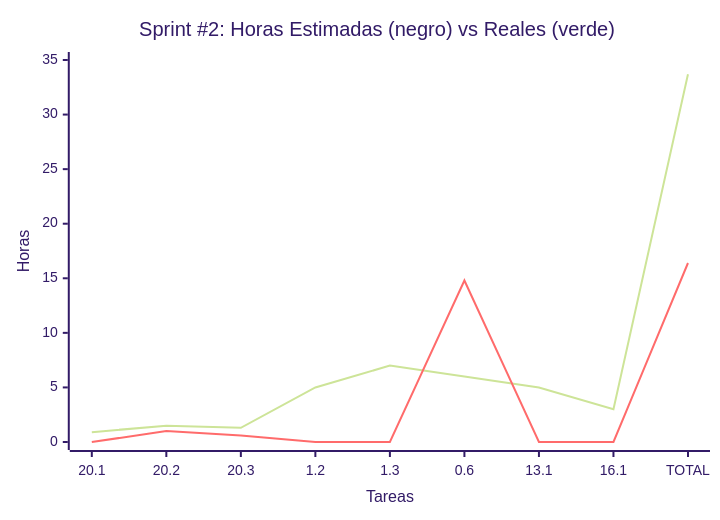
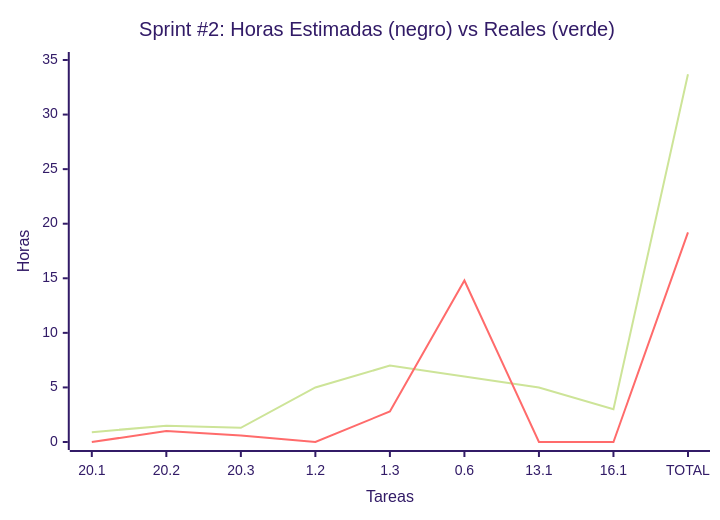
One commit to MarkMed/FleetMan changed the second of 2 diagrams in docs/SprintsPlanning.md. Above: the diagram before and after it, drawn with Mermaid (forest theme). The commit also changed other lines of this file, not shown here.

````diff
--- a/docs/SprintsPlanning.md
+++ b/docs/SprintsPlanning.md
@@ -91,12 +91,12 @@
 ```mermaid
 xychart-beta
     title "Sprint #2: Horas Estimadas #40;negro#41; vs Reales #40;verde#41;"
     x-axis "Tareas" ["20.1", "20.2", "20.3", "1.2", "1.3", "0.6", "13.1", "16.1", "TOTAL"]
     y-axis "Horas" 0 --> 35
 	
 	%% Black line
     line [0.9, 1.5, 1.3, 5, 7, 6, 5, 3, 33.7]
 
 	%% Green line
-    line [0, 1, 0.6, 0, 0, 14.8, 0, 0, 16.4]
+    line [0, 1, 0.6, 0, 2.8, 14.8, 0, 0, 19.2]
 ```
````
